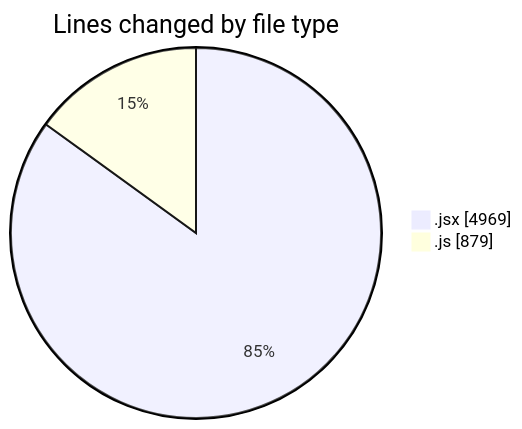
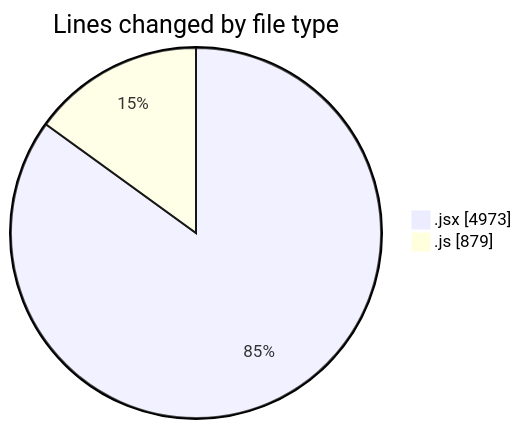
One commit to nxtqubesakshisongat/code-tracking changed the first of 2 diagrams in 2025-07-21/nxtqube_webapp/README.md. Above: the diagram before and after it, drawn with Mermaid. The commit also changed other lines of this file and 1 other file, not shown here.

````diff
--- a/2025-07-21/nxtqube_webapp/README.md
+++ b/2025-07-21/nxtqube_webapp/README.md
@@ -28,6 +28,6 @@
 ```mermaid
 pie showData
 title Lines changed by file type
-".jsx" : 4969
+".jsx" : 4973
 ".js" : 879
 ```
````
